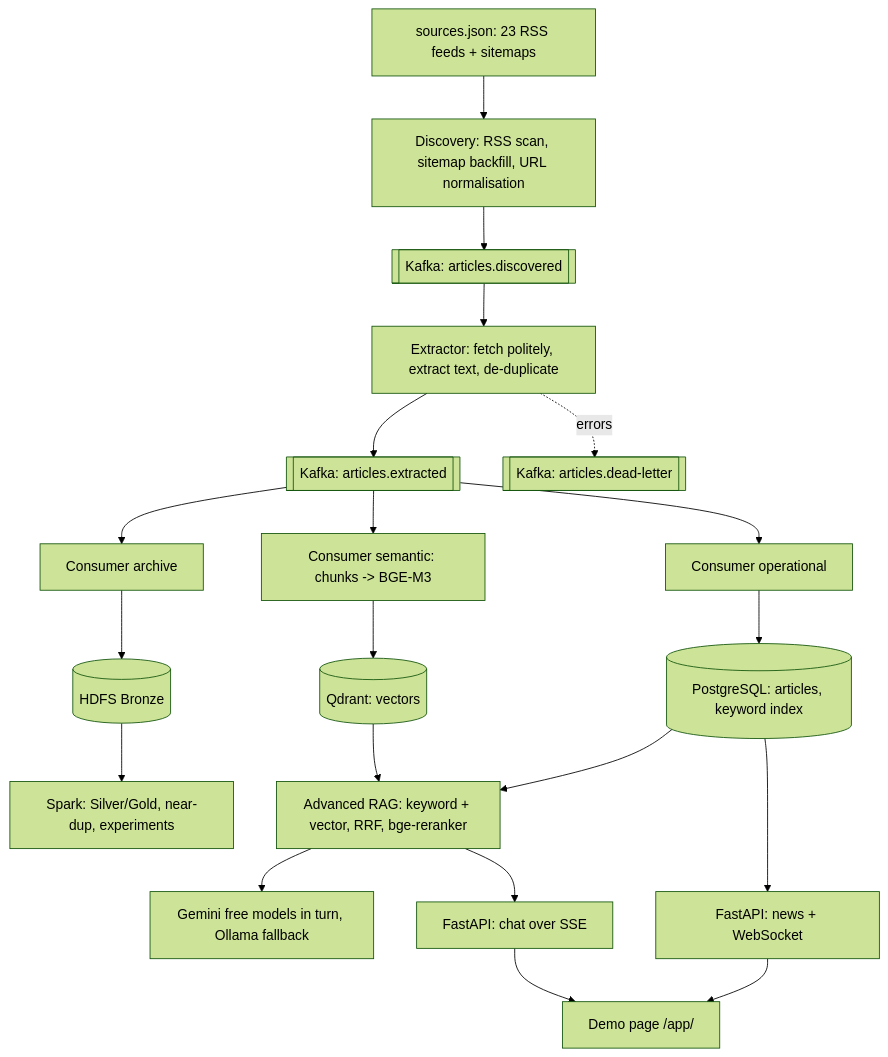
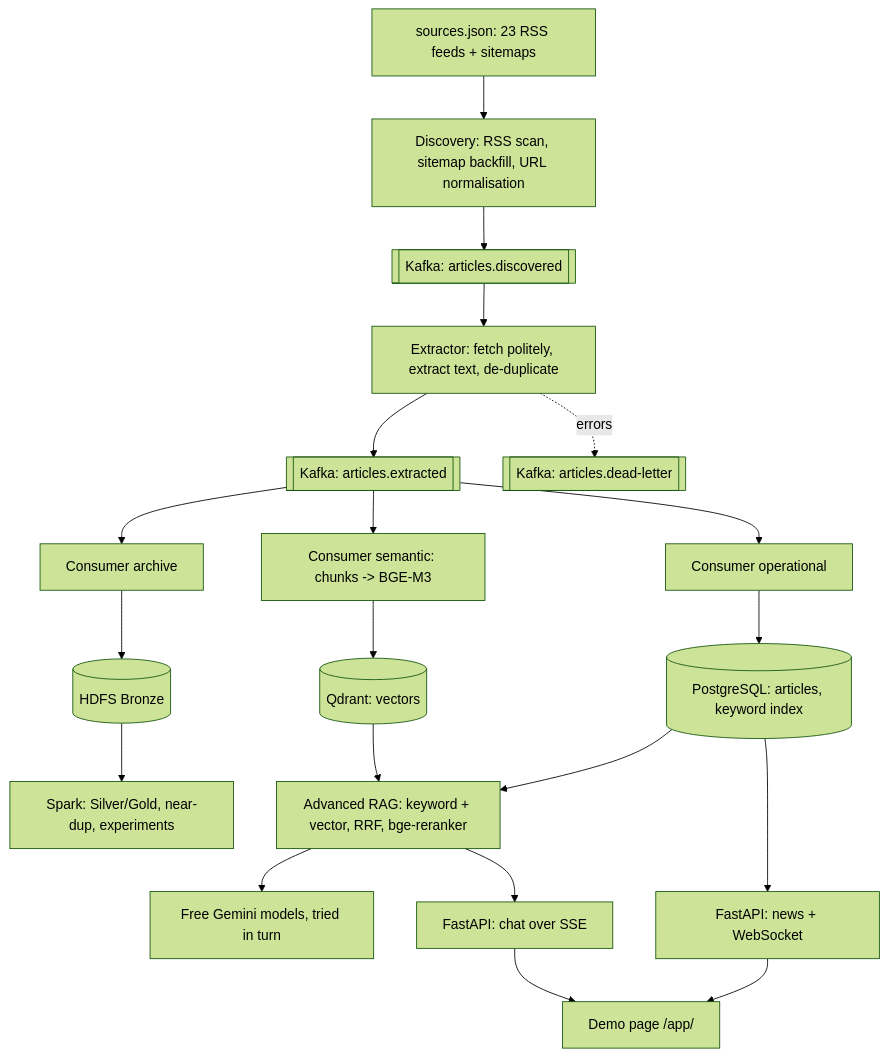
One commit to khoaaminh1/sportsbot_g4 changed the diagram in README.md. Above: the diagram before and after it, drawn with Mermaid (forest theme). The commit also changed other lines of this file and 21 other files, not shown here.

First line of the commit message:
refactor(llm): Gemini models only, no Ollama; clearer naming in docs

````diff
--- a/README.md
+++ b/README.md
@@ -27,16 +27,16 @@
 ```mermaid
 flowchart TD
   S[sources.json: 23 RSS feeds + sitemaps] --> D[Discovery: RSS scan, sitemap backfill, URL normalisation]
   D --> K1[[Kafka: articles.discovered]]
   K1 --> X[Extractor: fetch politely, extract text, de-duplicate]
   X --> K2[[Kafka: articles.extracted]]
   X -. errors .-> DL[[Kafka: articles.dead-letter]]
   K2 --> CO[Consumer operational] --> PG[(PostgreSQL: articles, keyword index)]
   K2 --> CS[Consumer semantic: chunks -> BGE-M3] --> QD[(Qdrant: vectors)]
   K2 --> CA[Consumer archive] --> HD[(HDFS Bronze)] --> SP[Spark: Silver/Gold, near-dup, experiments]
   PG & QD --> RAG[Advanced RAG: keyword + vector, RRF, bge-reranker]
-  RAG --> LLM[Gemini free models in turn, Ollama fallback]
+  RAG --> LLM[Free Gemini models, tried in turn]
   PG --> N[FastAPI: news + WebSocket]
   RAG --> C[FastAPI: chat over SSE]
   N & C --> FE[Demo page /app/]
 ```
````
